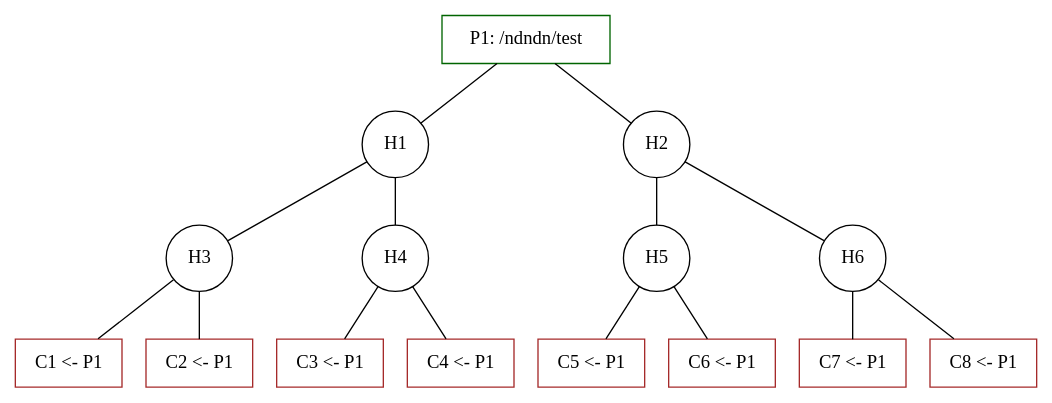
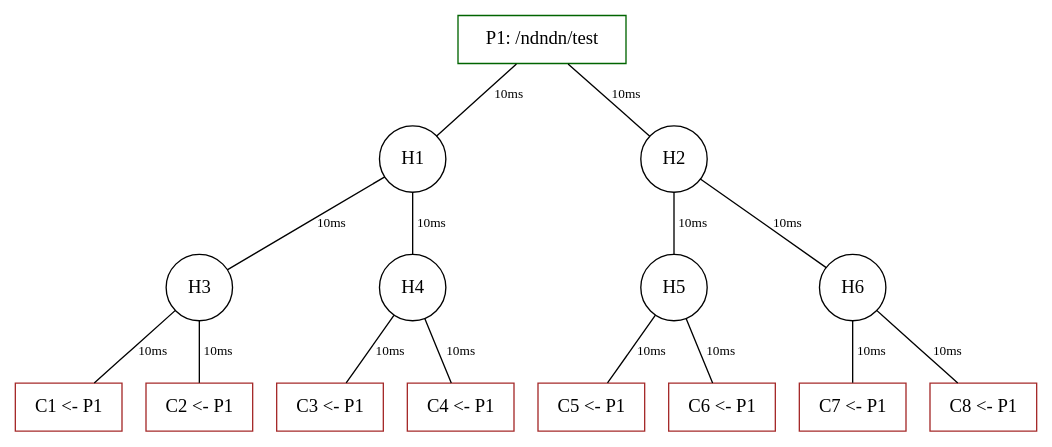
One commit to peetonn/ndn-docker changed the diagram in ndndn/topologies/bintree8.dot. Above: the diagram before and after it, drawn with Graphviz. The commit also changed 1 other file, not shown here.

```diff
--- a/ndndn/topologies/bintree8.dot
+++ b/ndndn/topologies/bintree8.dot
@@ -1,50 +1,50 @@
 digraph finite_state_machine {
     //layout="dot"
     edge [ arrowhead=none fontsize=10 ];
 
     subgraph hubs { // all hubs should be listed here
         // hub nodes should follow format H + index 
         node [shape = circle, rank = 5];
         H1; H2; H3; H4; H5; H6;
         
-        H1 -> H3;
-        H1 -> H4;
-        H2 -> H5;
-        H2 -> H6;
+        H1 -> H3 [ label = "10ms" ];
+        H1 -> H4 [ label = "10ms" ];
+        H2 -> H5 [ label = "10ms" ];
+        H2 -> H6 [ label = "10ms" ];
     }
 
     subgraph producers { // all producers are listed here
         // producer nodes should follow format P + index
         rank = source
         node [shape=rect, color = darkgreen];
 
         P1 [color = darkgreen, label="P1: /ndndn/test"];
     }
-    P1 -> H1;
-    P1 -> H2;
+    P1 -> H1 [ label = "10ms" ];
+    P1 -> H2 [ label = "10ms" ];
 
     subgraph consumers { // all consumer clusters are lister here
         // consumer cluster nodes should follow format C + index
         // the label for consumer cluster should follow format:
         // 		Cx<number of consumers> <- <producer id> [<producer id>, ...]
         rank = sink
         node [shape = rect, color = brown];
         C1 [label = "C1 <- P1"];
         C2 [label = "C2 <- P1"];
         C3 [label = "C3 <- P1"];
         C4 [label = "C4 <- P1"];
         C5 [label = "C5 <- P1"];
         C6 [label = "C6 <- P1"];
         C7 [label = "C7 <- P1"];
         C8 [label = "C8 <- P1"];
     }
 
-    C1 -> H3;
-    C2 -> H3;
-    C3 -> H4;
-    C4 -> H4;
-    C5 -> H5;
-    C6 -> H5;
-    C7 -> H6;
-    C8 -> H6;
+    C1 -> H3 [ label = "10ms" ];
+    C2 -> H3 [ label = "10ms" ];
+    C3 -> H4 [ label = "10ms" ];
+    C4 -> H4 [ label = "10ms" ];
+    C5 -> H5 [ label = "10ms" ];
+    C6 -> H5 [ label = "10ms" ];
+    C7 -> H6 [ label = "10ms" ];
+    C8 -> H6 [ label = "10ms" ];
 }
```
